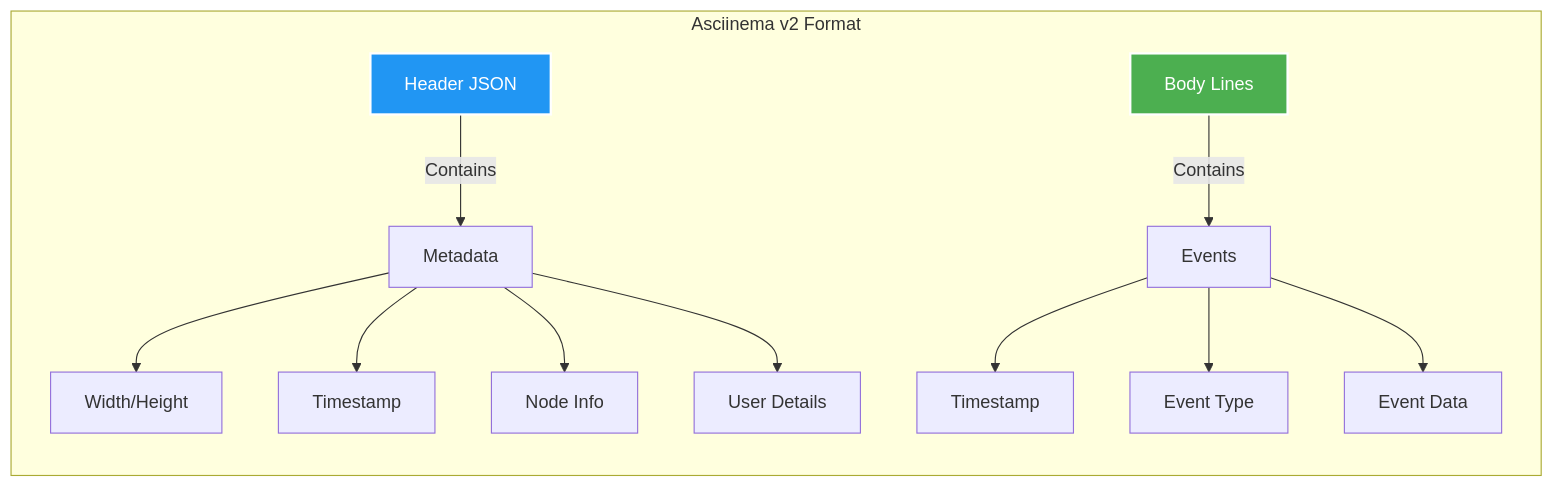
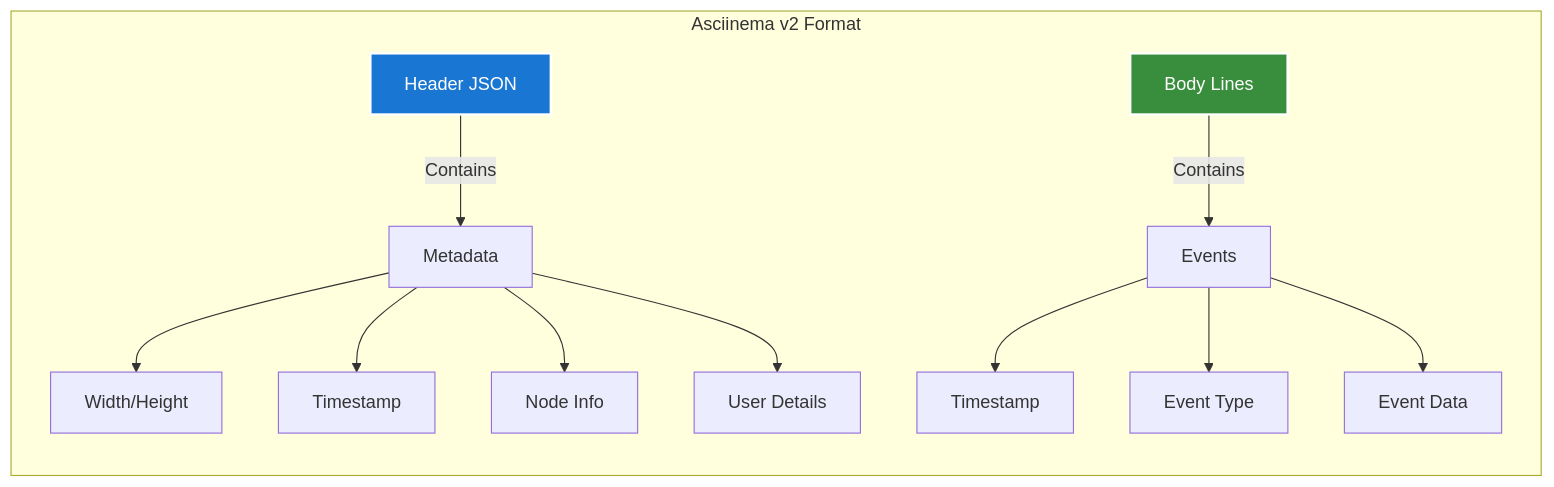
Before and after one commit to rajsinghtech/claude-diagrams: the third of 11 diagrams in content/diagrams/system-design/tailscale-recorder-architecture/index.md, drawn with Mermaid. The commit also changed other lines of this file and 5 other files, not shown here.

First line of the commit message:
Enhance SVG diagram standards and validation processes

````diff
--- a/content/diagrams/system-design/tailscale-recorder-architecture/index.md
+++ b/content/diagrams/system-design/tailscale-recorder-architecture/index.md
@@ -115,18 +115,18 @@
 ```mermaid
 graph LR
     subgraph "Asciinema v2 Format"
         H[Header JSON] --> |Contains| M[Metadata]
         M --> W[Width/Height]
         M --> T[Timestamp]
         M --> N[Node Info]
         M --> U[User Details]
         
         B[Body Lines] --> |Contains| E[Events]
         E --> TS[Timestamp]
         E --> ET[Event Type]
         E --> ED[Event Data]
     end
     
-    style H fill:#2196f3,stroke:#fff,stroke-width:2px,color:#fff
-    style B fill:#4caf50,stroke:#fff,stroke-width:2px,color:#fff
+    style H fill:#1976d2,stroke:#fff,stroke-width:2px,color:#fff
+    style B fill:#388e3c,stroke:#fff,stroke-width:2px,color:#fff
 ```
````
